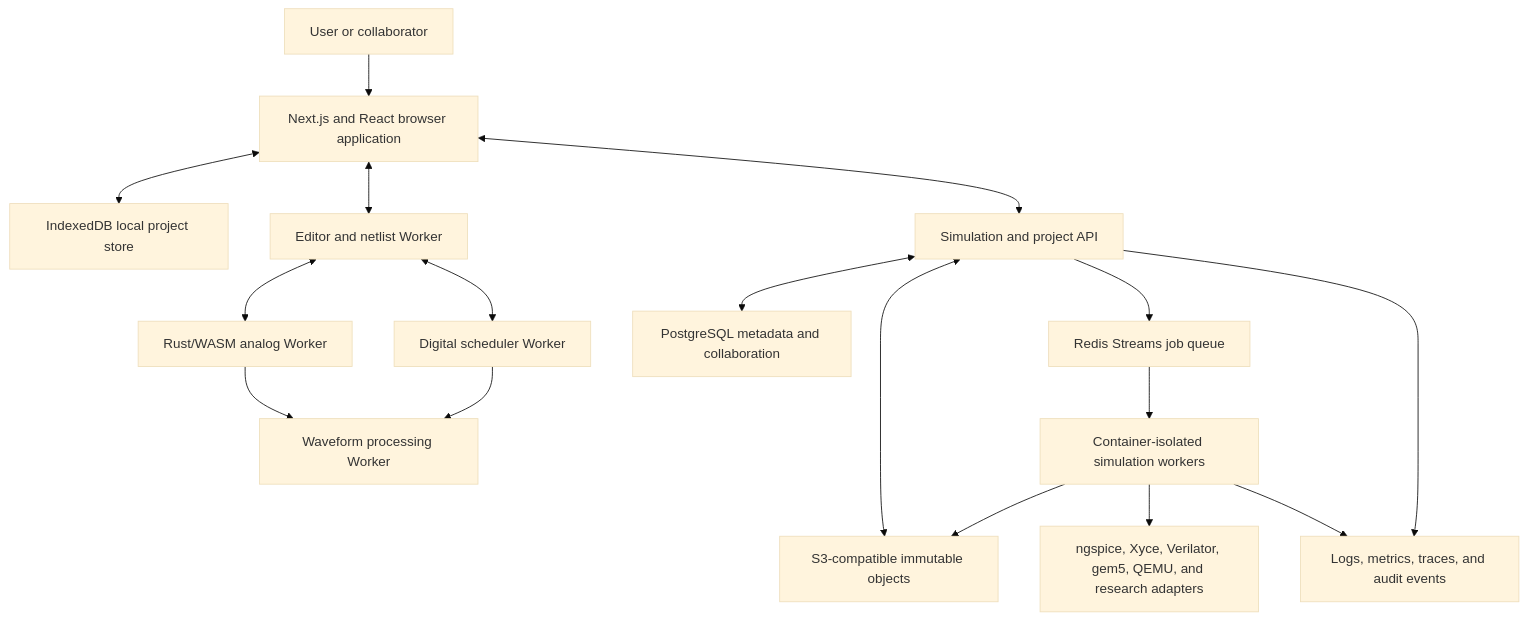
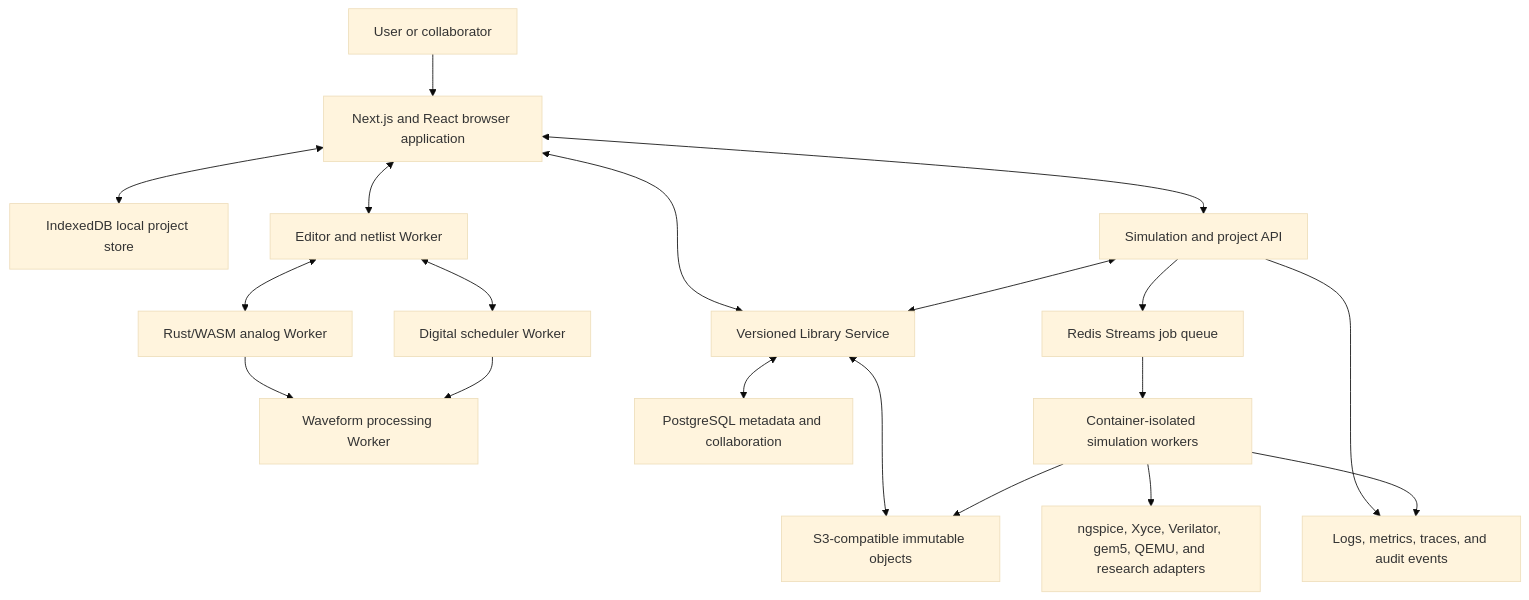
One commit to arifulbgt4/EEE_Simulator changed the first of 2 diagrams in docs/architecture/SYSTEM_ARCHITECTURE.md. Above: the diagram before and after it, drawn with Mermaid (base theme). The commit also changed other lines of this file and 138 other files, not shown here.

````diff
--- a/docs/architecture/SYSTEM_ARCHITECTURE.md
+++ b/docs/architecture/SYSTEM_ARCHITECTURE.md
@@ -23,34 +25,37 @@
 ```mermaid
 flowchart TB
     User["User or collaborator"]
     Browser["Next.js and React browser application"]
     LocalDB["IndexedDB local project store"]
     UIWorker["Editor and netlist Worker"]
     AnalogWorker["Rust/WASM analog Worker"]
     DigitalWorker["Digital scheduler Worker"]
     WaveWorker["Waveform processing Worker"]
     API["Simulation and project API"]
+    Library["Versioned Library Service"]
     PG["PostgreSQL metadata and collaboration"]
     S3["S3-compatible immutable objects"]
     Redis["Redis Streams job queue"]
     Workers["Container-isolated simulation workers"]
     Engines["ngspice, Xyce, Verilator, gem5, QEMU, and research adapters"]
     Observability["Logs, metrics, traces, and audit events"]
 
     User --> Browser
     Browser <--> LocalDB
     Browser <--> UIWorker
     UIWorker <--> AnalogWorker
     UIWorker <--> DigitalWorker
     AnalogWorker --> WaveWorker
     DigitalWorker --> WaveWorker
     Browser <--> API
-    API <--> PG
-    API <--> S3
+    Browser <--> Library
+    API <--> Library
+    Library <--> PG
+    Library <--> S3
     API --> Redis
     Redis --> Workers
     Workers --> S3
     Workers --> Engines
     API --> Observability
     Workers --> Observability
 ```
````
